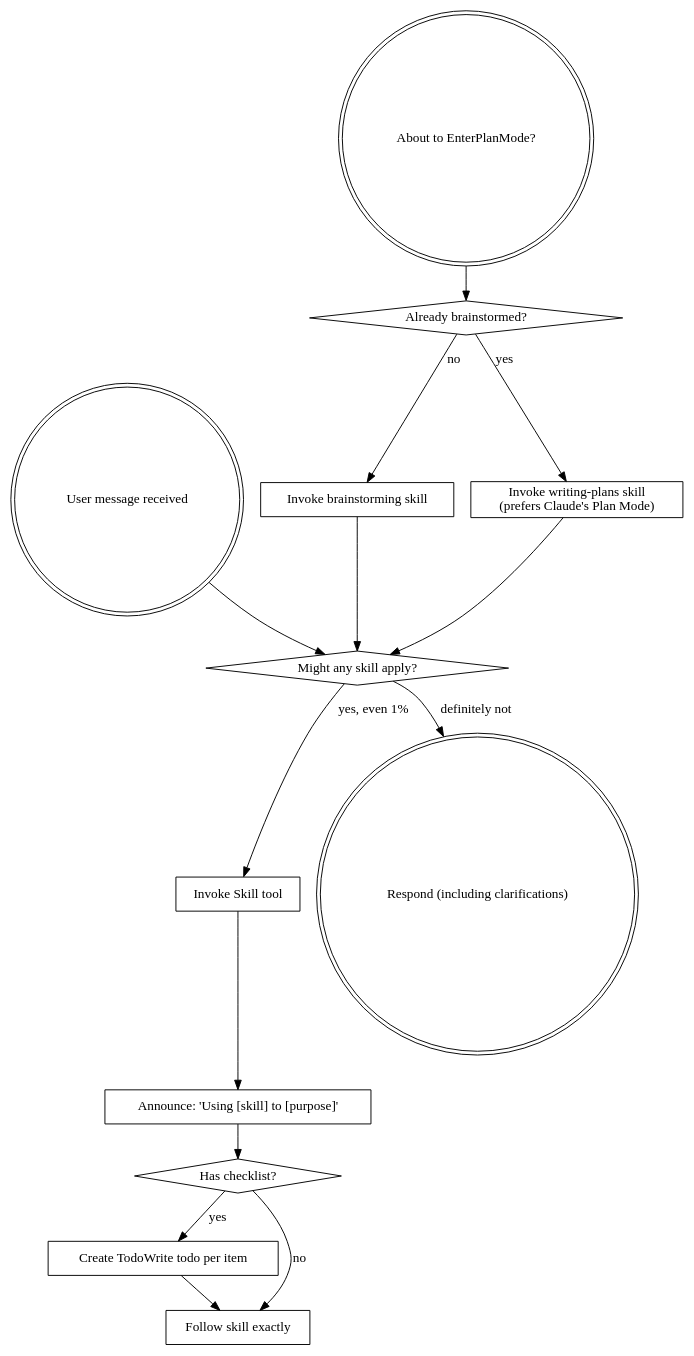
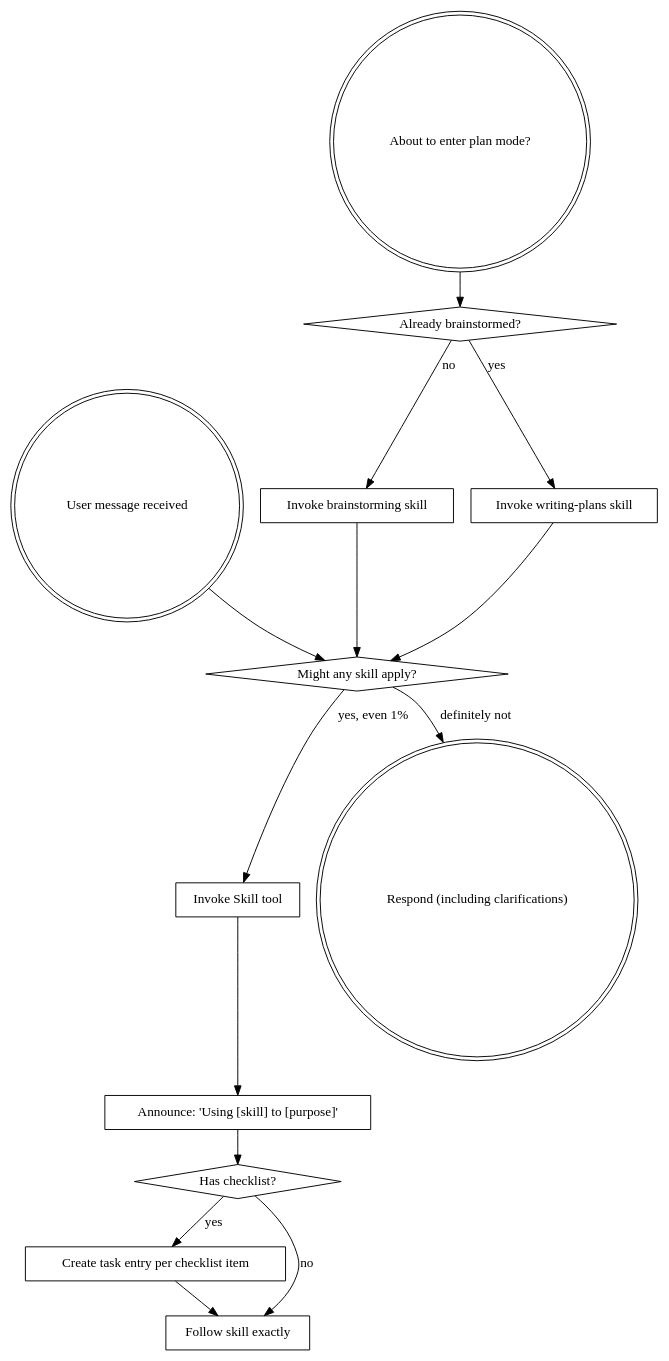
One commit to GoCodeAlone/claude-superpowers changed the diagram in skills/using-superpowers/SKILL.md. Above: the diagram before and after it, drawn with Graphviz. The commit also changed 7 other files, not shown here.

````diff
--- a/skills/using-superpowers/SKILL.md
+++ b/skills/using-superpowers/SKILL.md
@@ -26,31 +26,31 @@
 ```dot
 digraph skill_flow {
     "User message received" [shape=doublecircle];
-    "About to EnterPlanMode?" [shape=doublecircle];
+    "About to enter plan mode?" [shape=doublecircle];
     "Already brainstormed?" [shape=diamond];
     "Invoke brainstorming skill" [shape=box];
-    "Invoke writing-plans skill\n(prefers Claude's Plan Mode)" [shape=box];
+    "Invoke writing-plans skill" [shape=box];
     "Might any skill apply?" [shape=diamond];
     "Invoke Skill tool" [shape=box];
     "Announce: 'Using [skill] to [purpose]'" [shape=box];
     "Has checklist?" [shape=diamond];
-    "Create TodoWrite todo per item" [shape=box];
+    "Create task entry per checklist item" [shape=box];
     "Follow skill exactly" [shape=box];
     "Respond (including clarifications)" [shape=doublecircle];
 
-    "About to EnterPlanMode?" -> "Already brainstormed?";
+    "About to enter plan mode?" -> "Already brainstormed?";
     "Already brainstormed?" -> "Invoke brainstorming skill" [label="no"];
-    "Already brainstormed?" -> "Invoke writing-plans skill\n(prefers Claude's Plan Mode)" [label="yes"];
+    "Already brainstormed?" -> "Invoke writing-plans skill" [label="yes"];
     "Invoke brainstorming skill" -> "Might any skill apply?";
-    "Invoke writing-plans skill\n(prefers Claude's Plan Mode)" -> "Might any skill apply?";
+    "Invoke writing-plans skill" -> "Might any skill apply?";
 
     "User message received" -> "Might any skill apply?";
     "Might any skill apply?" -> "Invoke Skill tool" [label="yes, even 1%"];
     "Might any skill apply?" -> "Respond (including clarifications)" [label="definitely not"];
     "Invoke Skill tool" -> "Announce: 'Using [skill] to [purpose]'";
     "Announce: 'Using [skill] to [purpose]'" -> "Has checklist?";
-    "Has checklist?" -> "Create TodoWrite todo per item" [label="yes"];
+    "Has checklist?" -> "Create task entry per checklist item" [label="yes"];
     "Has checklist?" -> "Follow skill exactly" [label="no"];
-    "Create TodoWrite todo per item" -> "Follow skill exactly";
+    "Create task entry per checklist item" -> "Follow skill exactly";
 }
 ```
````
